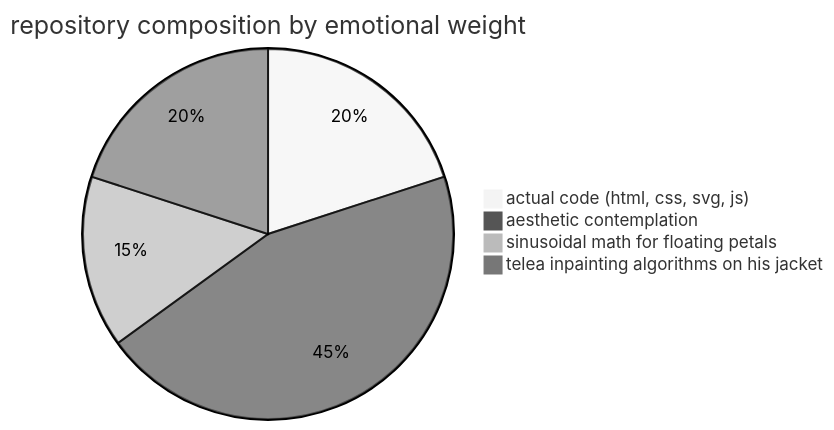
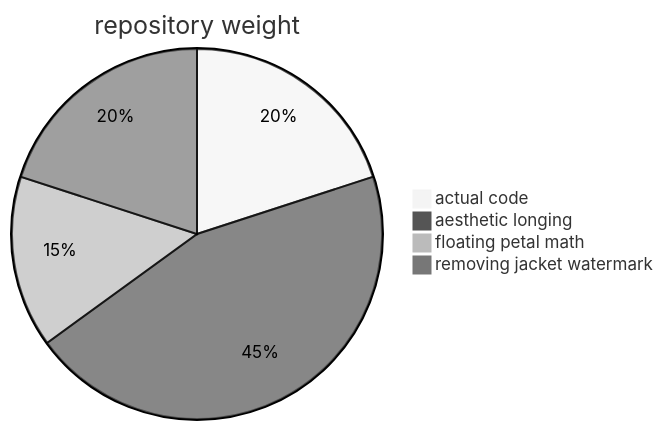
One commit to MdKasif0/No-Context changed the fourth of 4 diagrams in README.md. Above: the diagram before and after it, drawn with Mermaid (neutral theme). The commit also changed other lines of this file, not shown here.

````diff
--- a/README.md
+++ b/README.md
@@ -90,7 +88,7 @@
 ```mermaid
-pie title repository composition by emotional weight
-    "actual code (html, css, svg, js)" : 20
-    "aesthetic contemplation" : 45
-    "sinusoidal math for floating petals" : 15
-    "telea inpainting algorithms on his jacket" : 20
+pie title repository weight
+    "actual code" : 20
+    "aesthetic longing" : 45
+    "floating petal math" : 15
+    "removing jacket watermark" : 20
 ```
````
